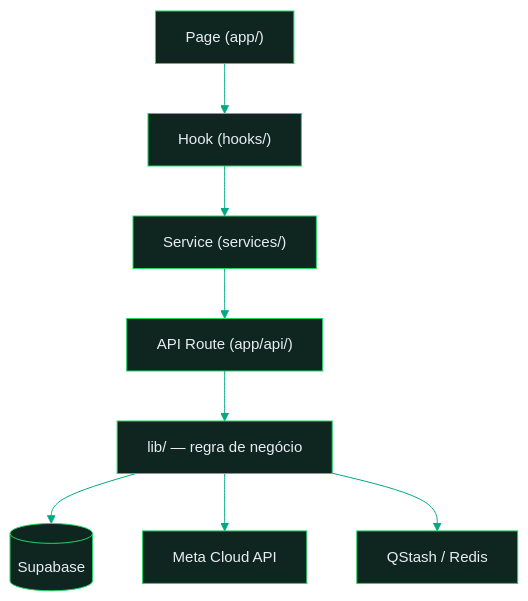
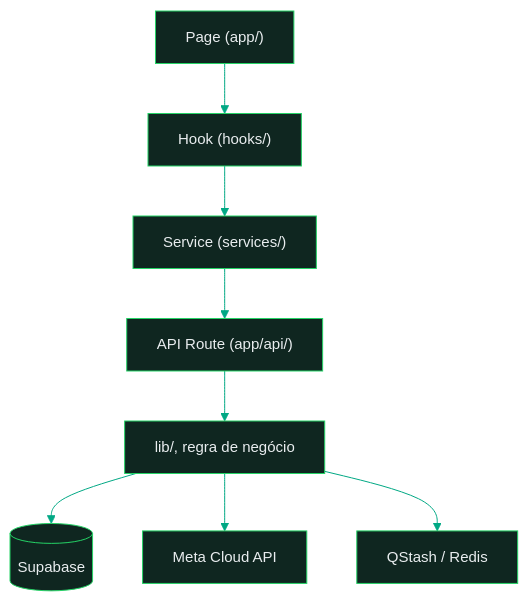
The first of 3 diagrams in docs/architecture/TOPOLOGIA.md (luizxhgomes/whatsflow-engine), drawn with Mermaid before and after one commit. The commit also changed other lines of this file and 22 other files, not shown here.

````diff
--- a/docs/architecture/TOPOLOGIA.md
+++ b/docs/architecture/TOPOLOGIA.md
@@ -47,15 +47,15 @@
 ```mermaid
 %%{init: {'theme':'base','themeVariables':{
   'background':'#0B141A','primaryColor':'#0F2620','primaryTextColor':'#E9EDEF',
   'primaryBorderColor':'#25D366','lineColor':'#00A884','secondaryColor':'#075E54',
   'tertiaryColor':'#111B21','fontSize':'15px','edgeLabelBackground':'#0B141A',
   'clusterBkg':'#111B21','clusterBorder':'#128C7E'}}}%%
 flowchart TD
     P["Page (app/)"] --> H["Hook (hooks/)"]
     H --> S["Service (services/)"]
     S --> R["API Route (app/api/)"]
-    R --> L["lib/ — regra de negócio"]
+    R --> L["lib/, regra de negócio"]
     L --> DB[("Supabase")]
     L --> META["Meta Cloud API"]
     L --> Q["QStash / Redis"]
 ```
````
